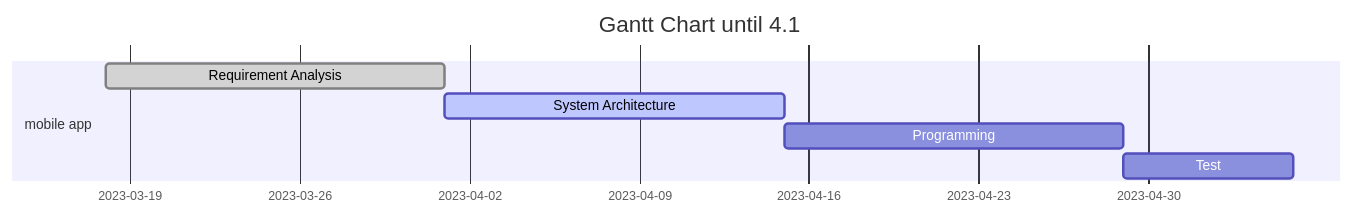
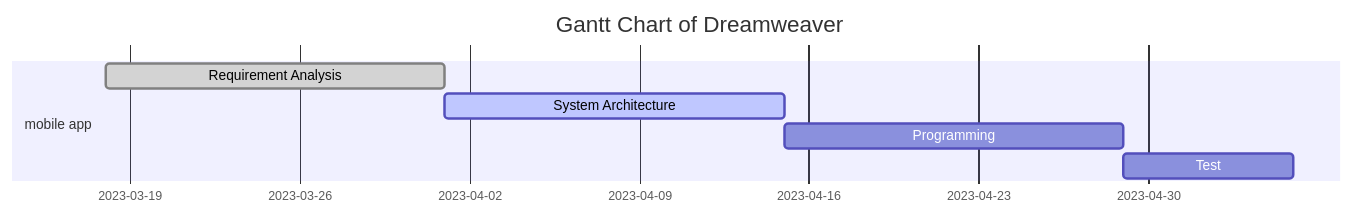
Before and after one commit to DreamweaverDSD/DSD: the diagram in README.md, drawn with Mermaid.

````diff
--- a/README.md
+++ b/README.md
@@ -30,10 +30,10 @@
 ```mermaid
 gantt
-title Gantt Chart until 4.1
+title Gantt Chart of Dreamweaver
 dateFormat YY-MM-DD
 section mobile app
 Requirement Analysis  :done, requirement analysis, 23-03-18,23-04-01
 System Architecture   :active, system architecture, 23-04-01, 14d
 Programming           :programming, 23-04-15, 14d
 Test                  :test, after programming, 7d
 ```
````
